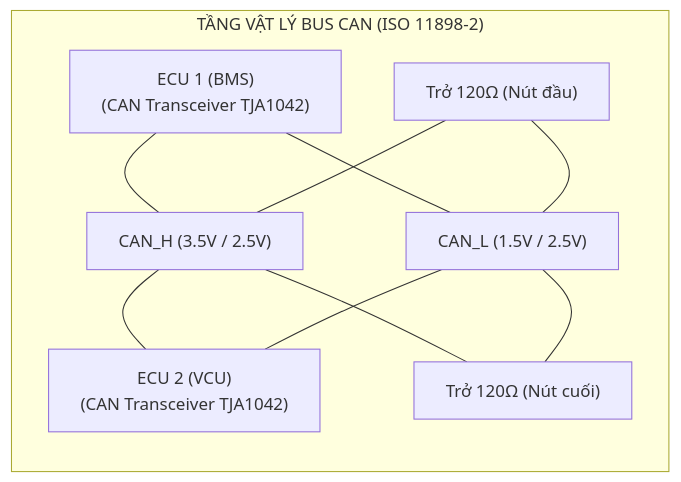
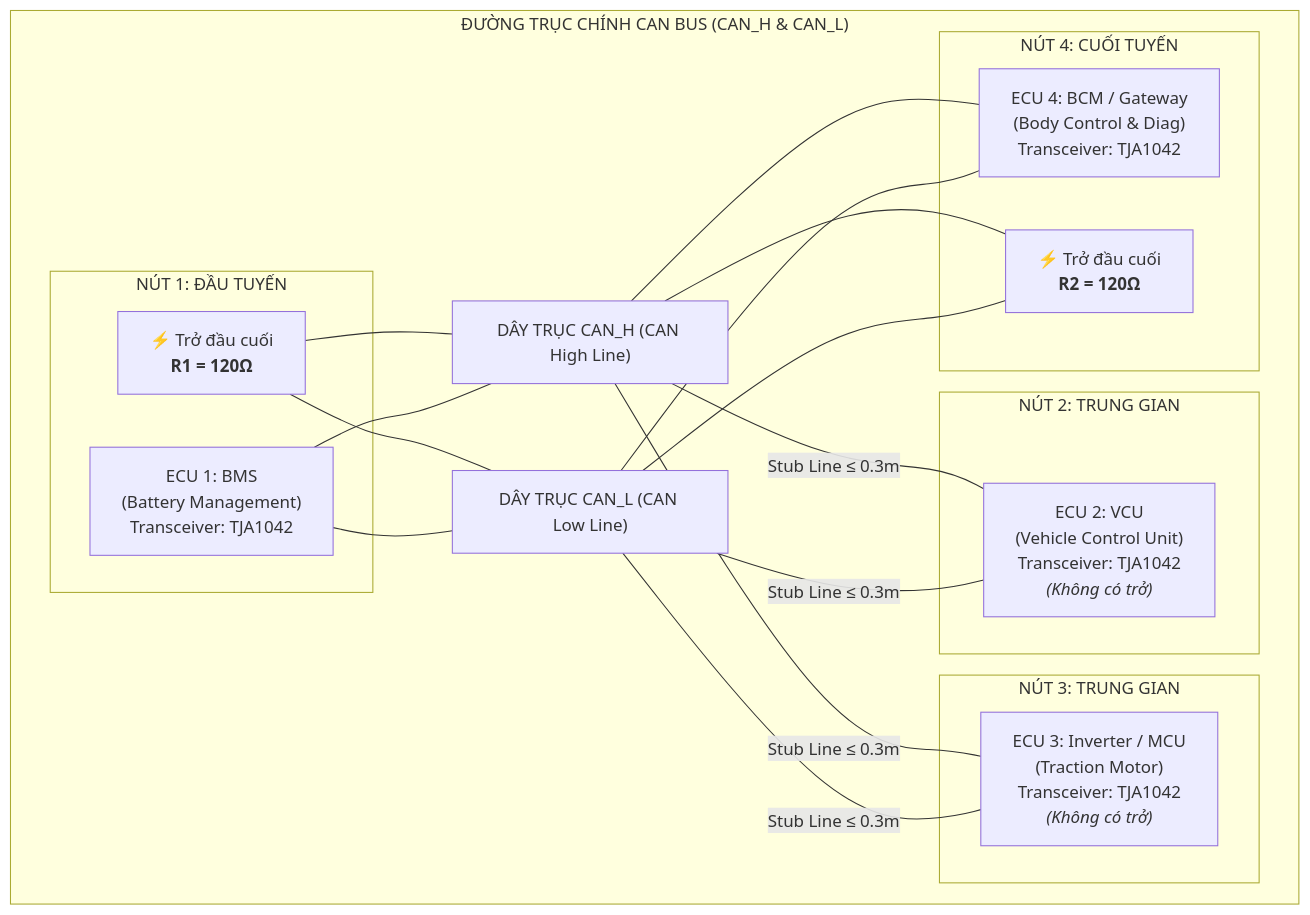
Before and after one commit to liemvu12/Study_AUTOSAR: the first of 6 diagrams in docs/theory/03_Communication_Stack_And_CAN_Protocol.md, drawn with Mermaid. The commit also changed other lines of this file and 84 other files, not shown here.

````diff
--- a/docs/theory/03_Communication_Stack_And_CAN_Protocol.md
+++ b/docs/theory/03_Communication_Stack_And_CAN_Protocol.md
@@ -50,16 +67,43 @@
 ```mermaid
-graph LR
-    subgraph "TẦNG VẬT LÝ BUS CAN (ISO 11898-2)"
-        Node1["ECU 1 (BMS)<br>(CAN Transceiver TJA1042)"] --- BusH["CAN_H (3.5V / 2.5V)"]
-        Node1 --- BusL["CAN_L (1.5V / 2.5V)"]
+flowchart LR
+    subgraph Backbone["ĐƯỜNG TRỤC CHÍNH CAN BUS (CAN_H & CAN_L)"]
+        direction LR
         
-        R1["Trở 120Ω (Nút đầu)"] --- BusH
-        R1 --- BusL
-        
-        BusH --- Node2["ECU 2 (VCU)<br>(CAN Transceiver TJA1042)"]
-        BusL --- Node2
-        
-        BusH --- R2["Trở 120Ω (Nút cuối)"]
-        BusL --- R2
+        subgraph Node1["NÚT 1: ĐẦU TUYẾN"]
+            ECU1["ECU 1: BMS<br>(Battery Management)<br>Transceiver: TJA1042"]
+            R1["⚡ Trở đầu cuối<br><b>R1 = 120Ω</b>"]
+        end
+
+        subgraph Node2["NÚT 2: TRUNG GIAN"]
+            ECU2["ECU 2: VCU<br>(Vehicle Control Unit)<br>Transceiver: TJA1042<br><i>(Không có trở)</i>"]
+        end
+
+        subgraph Node3["NÚT 3: TRUNG GIAN"]
+            ECU3["ECU 3: Inverter / MCU<br>(Traction Motor)<br>Transceiver: TJA1042<br><i>(Không có trở)</i>"]
+        end
+
+        subgraph Node4["NÚT 4: CUỐI TUYẾN"]
+            ECU4["ECU 4: BCM / Gateway<br>(Body Control & Diag)<br>Transceiver: TJA1042"]
+            R2["⚡ Trở đầu cuối<br><b>R2 = 120Ω</b>"]
+        end
+
+        BusH["DÂY TRỤC CAN_H (CAN High Line)"]
+        BusL["DÂY TRỤC CAN_L (CAN Low Line)"]
     end
+
+    R1 --- BusH
+    R1 --- BusL
+    ECU1 --- BusH
+    ECU1 --- BusL
+
+    BusH ---|"Stub Line &le; 0.3m"| ECU2
+    BusL ---|"Stub Line &le; 0.3m"| ECU2
+
+    BusH ---|"Stub Line &le; 0.3m"| ECU3
+    BusL ---|"Stub Line &le; 0.3m"| ECU3
+
+    BusH --- ECU4
+    BusL --- ECU4
+    BusH --- R2
+    BusL --- R2
 ```
````
